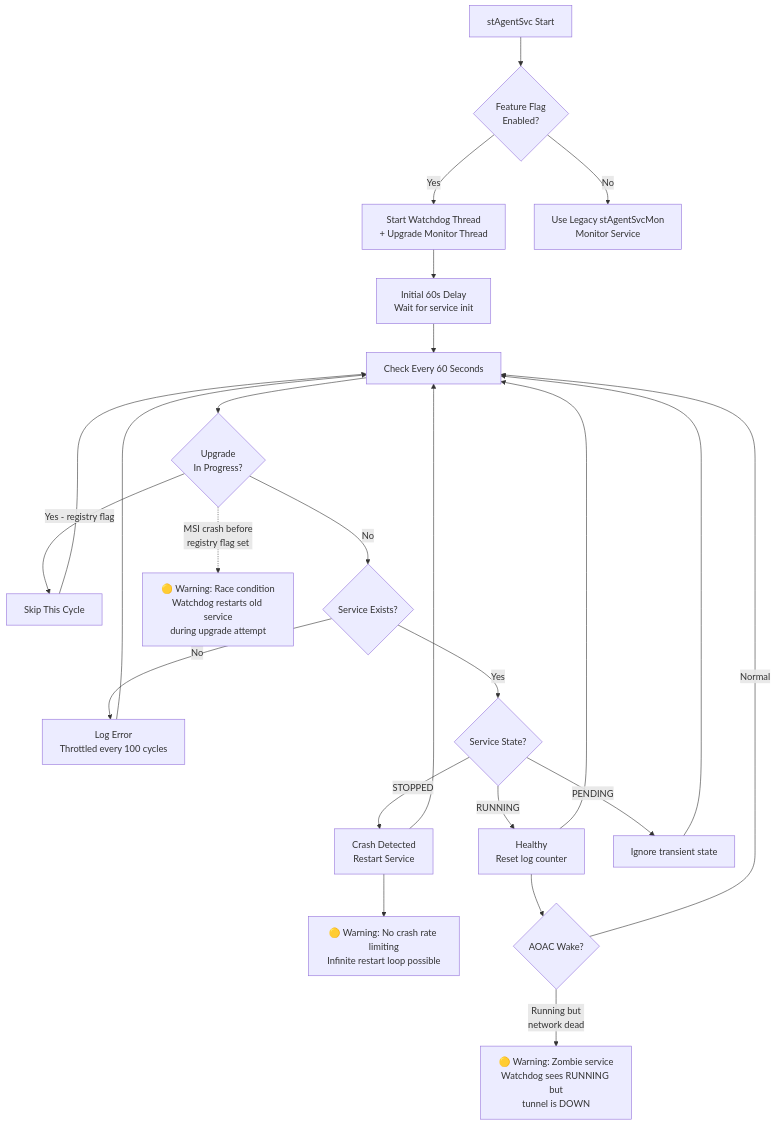
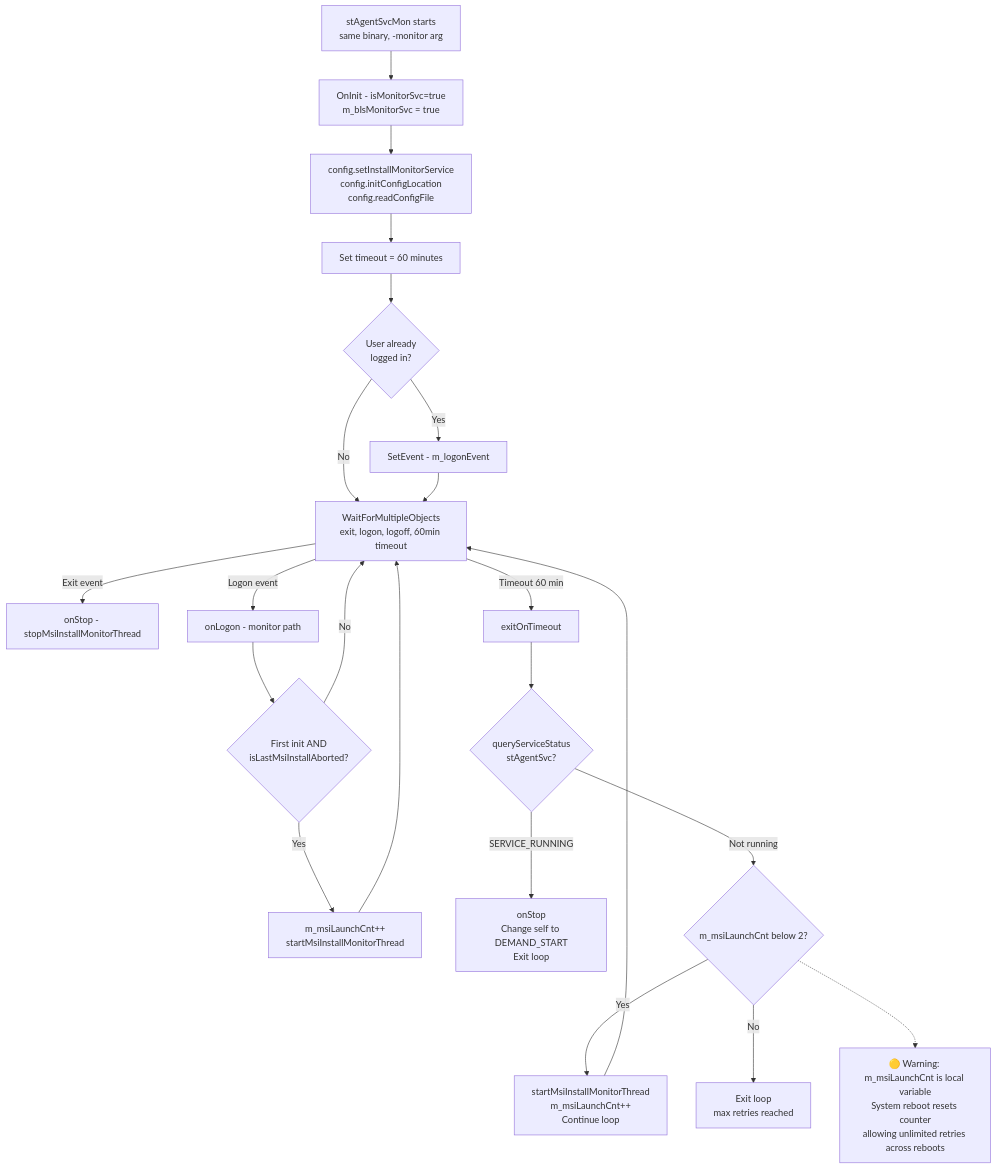
The second of 3 diagrams in chapters/21_watchdog.md (ns-klin/endpoint_system_test_plan), drawn with Mermaid before and after one commit. The commit also changed other lines of this file, not shown here.

First line of the commit message:
Rewrite ch21 Watchdog based on author review and source code verification

````diff
--- a/chapters/21_watchdog.md
+++ b/chapters/21_watchdog.md
@@ -77,34 +96,31 @@
 ```mermaid
 flowchart TD
-    START["stAgentSvc Start"] --> FLAG{Feature Flag<br/>Enabled?}
+    START["stAgentSvcMon starts<br/>same binary, -monitor arg"] --> INIT["OnInit - isMonitorSvc=true<br/>m_bIsMonitorSvc = true"]
+    INIT --> CFG["config.setInstallMonitorService<br/>config.initConfigLocation<br/>config.readConfigFile"]
+    CFG --> TIMEOUT_SET["Set timeout = 60 minutes"]
 
-    FLAG -->|Yes| INIT["Start Watchdog Thread<br/>+ Upgrade Monitor Thread"]
-    FLAG -->|No| LEGACY["Use Legacy stAgentSvcMon<br/>Monitor Service"]
+    TIMEOUT_SET --> LOGON_CHECK{User already<br/>logged in?}
+    LOGON_CHECK -->|Yes| SET_LOGON["SetEvent - m_logonEvent"]
+    LOGON_CHECK -->|No| LOOP
 
-    INIT --> DELAY["Initial 60s Delay<br/>Wait for service init"]
-    DELAY --> LOOP["Check Every 60 Seconds"]
+    SET_LOGON --> LOOP["WaitForMultipleObjects<br/>exit, logon, logoff, 60min timeout"]
 
-    LOOP --> UPGRADE_CHECK{Upgrade<br/>In Progress?}
-    UPGRADE_CHECK -->|Yes - registry flag| SKIP["Skip This Cycle"]
-    UPGRADE_CHECK -->|No| EXIST_CHECK{Service Exists?}
+    LOOP -->|Exit event| EXIT["onStop - stopMsiInstallMonitorThread"]
+    LOOP -->|Logon event| ON_LOGON["onLogon - monitor path"]
+    LOOP -->|Timeout 60 min| ON_TIMEOUT["exitOnTimeout"]
 
-    EXIST_CHECK -->|No| LOG_THROTTLE["Log Error<br/>Throttled every 100 cycles"]
-    EXIST_CHECK -->|Yes| STATE_CHECK{Service State?}
+    ON_LOGON --> LOGON_ABORT{First init AND<br/>isLastMsiInstallAborted?}
+    LOGON_ABORT -->|Yes| LAUNCH_MSI["m_msiLaunchCnt++<br/>startMsiInstallMonitorThread"]
+    LOGON_ABORT -->|No| LOOP
 
-    STATE_CHECK -->|RUNNING| HEALTHY["Healthy<br/>Reset log counter"]
-    STATE_CHECK -->|STOPPED| CRASH_DETECT["Crash Detected<br/>Restart Service"]
-    STATE_CHECK -->|PENDING| TRANSIENT["Ignore transient state"]
+    ON_TIMEOUT --> SVC_STATUS{queryServiceStatus<br/>stAgentSvc?}
+    SVC_STATUS -->|SERVICE_RUNNING| SUCCESS["onStop<br/>Change self to DEMAND_START<br/>Exit loop"]
+    SVC_STATUS -->|Not running| RETRY_CHECK{m_msiLaunchCnt below 2?}
+    RETRY_CHECK -->|Yes| RETRY["startMsiInstallMonitorThread<br/>m_msiLaunchCnt++<br/>Continue loop"]
+    RETRY_CHECK -->|No| GIVE_UP["Exit loop<br/>max retries reached"]
 
-    CRASH_DETECT --> RISK_LOOP["🟡 Warning: No crash rate limiting<br/>Infinite restart loop possible"]
-    HEALTHY --> AOAC_CHECK{AOAC Wake?}
-    AOAC_CHECK -->|Running but<br/>network dead| RISK_AOAC["🟡 Warning: Zombie service<br/>Watchdog sees RUNNING but<br/>tunnel is DOWN"]
-    AOAC_CHECK -->|Normal| LOOP
+    LAUNCH_MSI --> LOOP
+    RETRY --> LOOP
 
-    SKIP --> LOOP
-    LOG_THROTTLE --> LOOP
-    HEALTHY --> LOOP
-    TRANSIENT --> LOOP
-    CRASH_DETECT --> LOOP
-
-    UPGRADE_CHECK -.->|MSI crash before<br/>registry flag set| RISK_RACE["🟡 Warning: Race condition<br/>Watchdog restarts old service<br/>during upgrade attempt"]
+    RETRY_CHECK -.-> RISK_PERSIST["🟡 Warning: m_msiLaunchCnt is local variable<br/>System reboot resets counter<br/>allowing unlimited retries across reboots"]
 ```
````
